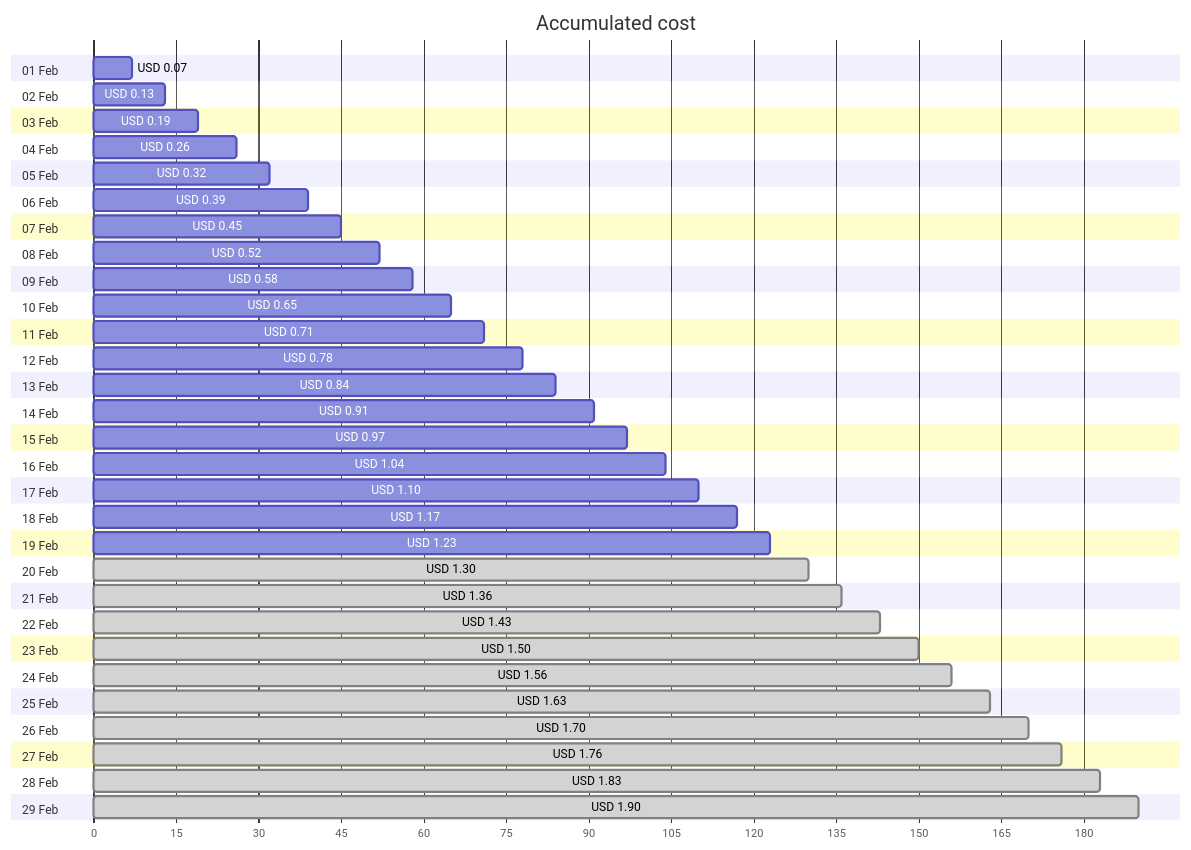
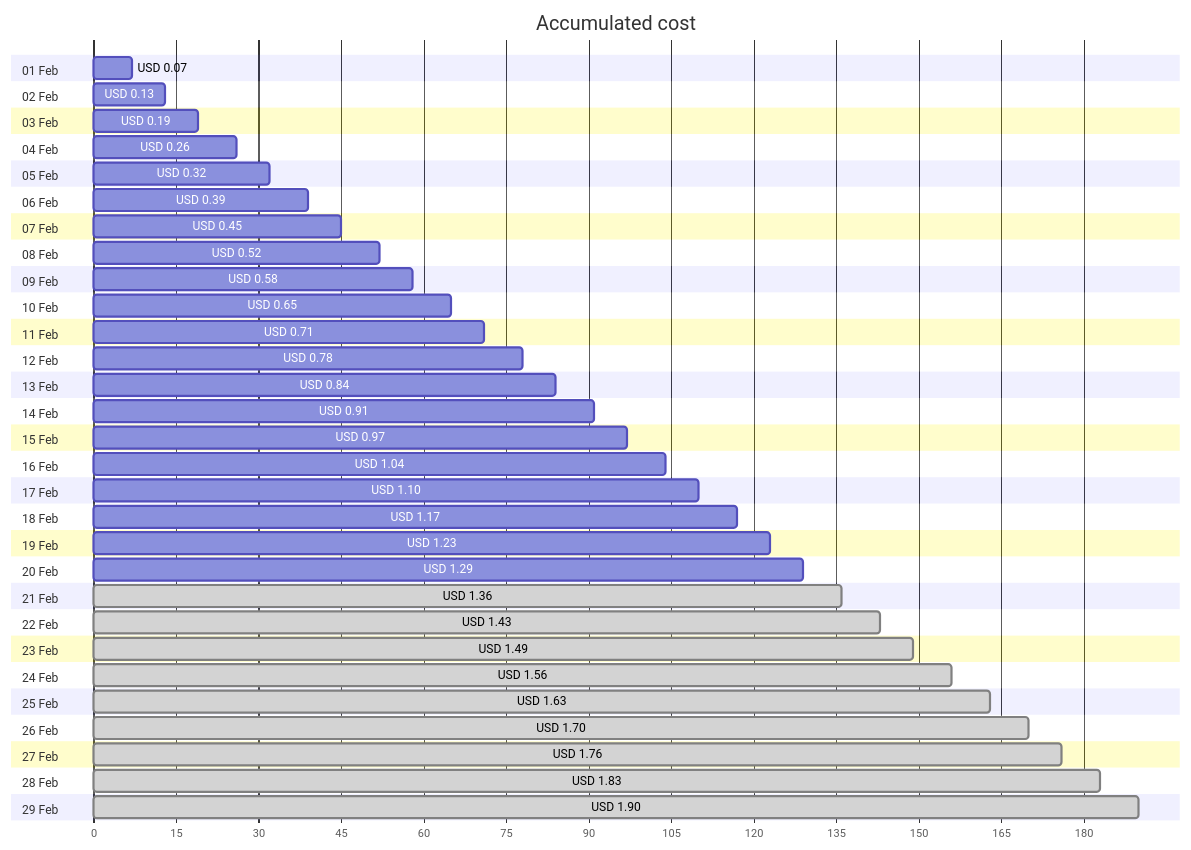
The first of 4 diagrams in cost-reports/personal-network/backup-server_OsDisk.md (jpfulton/azure-personal-reports), drawn with Mermaid before and after one commit. The commit also changed other lines of this file and 8 other files, not shown here.

````diff
--- a/cost-reports/personal-network/backup-server_OsDisk.md
+++ b/cost-reports/personal-network/backup-server_OsDisk.md
@@ -20,64 +20,64 @@
 ```mermaid
 gantt
    title Accumulated cost
    dateFormat  X
    axisFormat %s
    section 01 Feb
    USD 0.07 :0, 7
    section 02 Feb
    USD 0.13 :0, 13
    section 03 Feb
    USD 0.19 :0, 19
    section 04 Feb
    USD 0.26 :0, 26
    section 05 Feb
    USD 0.32 :0, 32
    section 06 Feb
    USD 0.39 :0, 39
    section 07 Feb
    USD 0.45 :0, 45
    section 08 Feb
    USD 0.52 :0, 52
    section 09 Feb
    USD 0.58 :0, 58
    section 10 Feb
    USD 0.65 :0, 65
    section 11 Feb
    USD 0.71 :0, 71
    section 12 Feb
    USD 0.78 :0, 78
    section 13 Feb
    USD 0.84 :0, 84
    section 14 Feb
    USD 0.91 :0, 91
    section 15 Feb
    USD 0.97 :0, 97
    section 16 Feb
    USD 1.04 :0, 104
    section 17 Feb
    USD 1.10 :0, 110
    section 18 Feb
    USD 1.17 :0, 117
    section 19 Feb
    USD 1.23 :0, 123
    section 20 Feb
-   USD 1.30 : done, 0, 130
+   USD 1.29 :0, 129
    section 21 Feb
    USD 1.36 : done, 0, 136
    section 22 Feb
    USD 1.43 : done, 0, 143
    section 23 Feb
-   USD 1.50 : done, 0, 150
+   USD 1.49 : done, 0, 149
    section 24 Feb
    USD 1.56 : done, 0, 156
    section 25 Feb
    USD 1.63 : done, 0, 163
    section 26 Feb
    USD 1.70 : done, 0, 170
    section 27 Feb
    USD 1.76 : done, 0, 176
    section 28 Feb
    USD 1.83 : done, 0, 183
    section 29 Feb
    USD 1.90 : done, 0, 190
 ```
````
